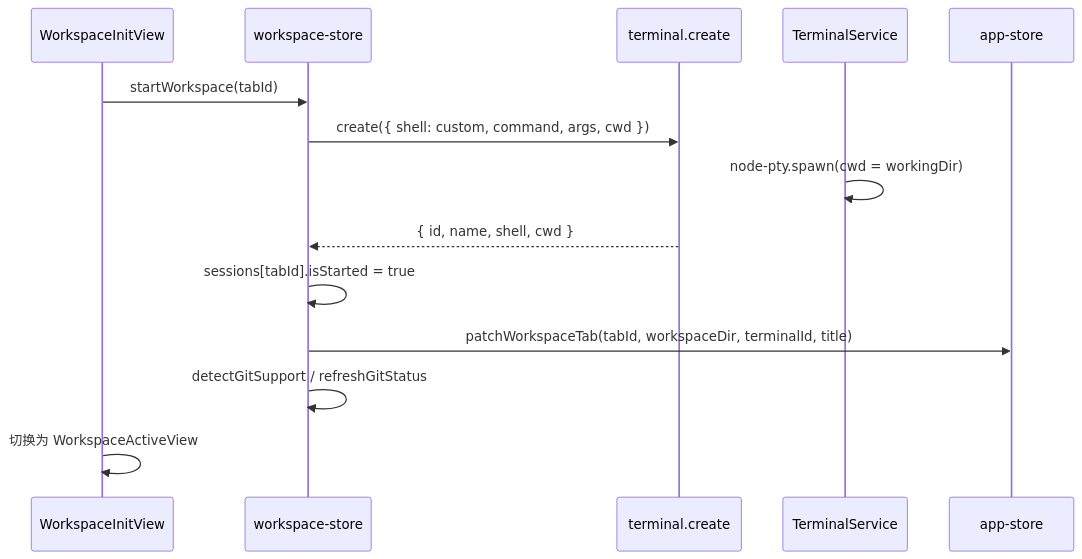
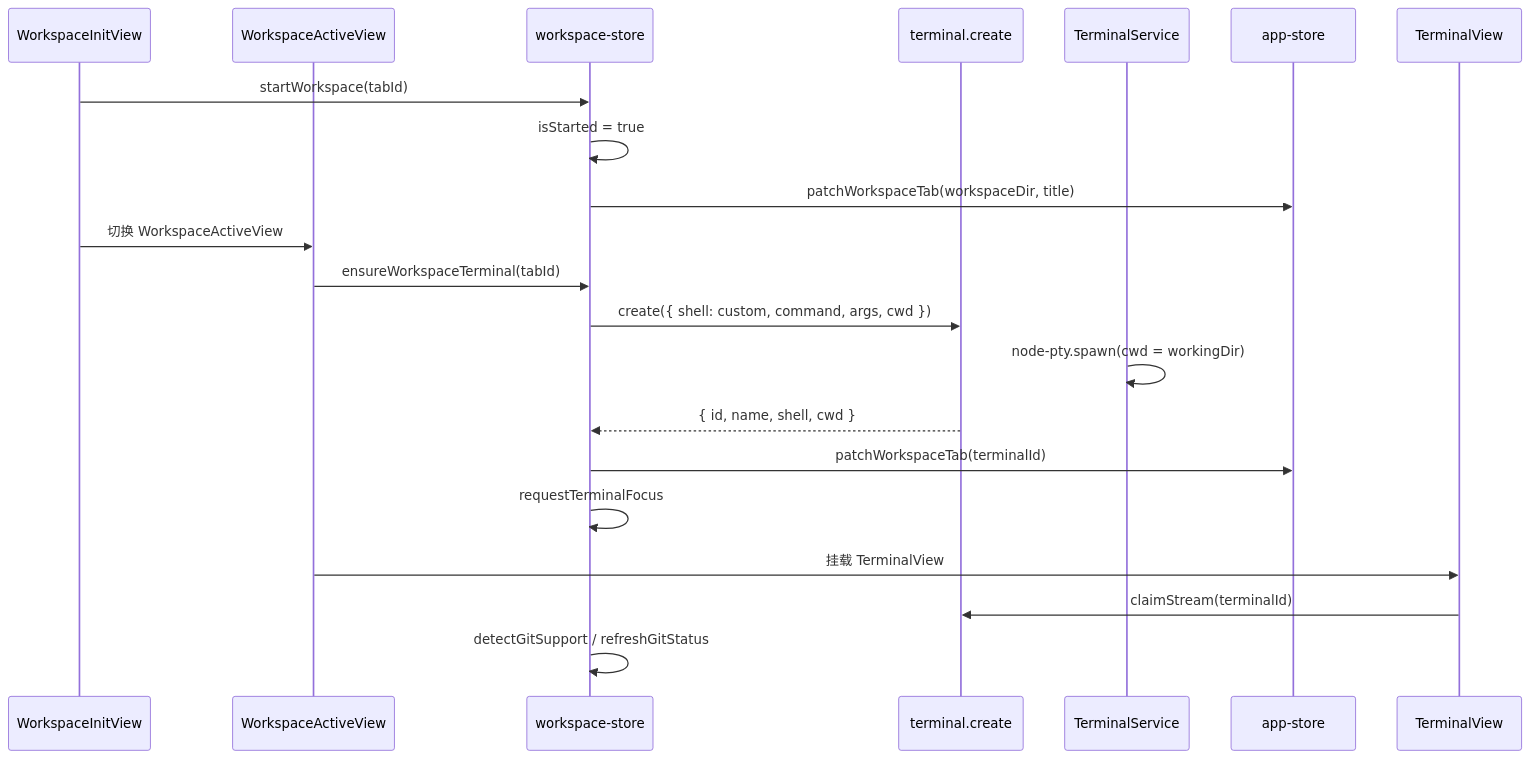
The third of 4 diagrams in docs/功能工作区.md (Landers1037/NioZy), drawn with Mermaid before and after one commit. The commit also changed other lines of this file and 1 other file, not shown here.

````diff
--- a/docs/功能工作区.md
+++ b/docs/功能工作区.md
@@ -79,17 +87,25 @@
 ```mermaid
 sequenceDiagram
-  participant UI as WorkspaceInitView
+  participant Init as WorkspaceInitView
+  participant Active as WorkspaceActiveView
   participant Ws as workspace-store
   participant API as terminal.create
   participant Main as TerminalService
   participant App as app-store
+  participant Term as TerminalView
 
-  UI->>Ws: startWorkspace(tabId)
+  Init->>Ws: startWorkspace(tabId)
+  Ws->>Ws: isStarted = true
+  Ws->>App: patchWorkspaceTab(workspaceDir, title)
+  Init->>Active: 切换 WorkspaceActiveView
+
+  Active->>Ws: ensureWorkspaceTerminal(tabId)
   Ws->>API: create({ shell: custom, command, args, cwd })
   Main->>Main: node-pty.spawn(cwd = workingDir)
   API-->>Ws: { id, name, shell, cwd }
-  Ws->>Ws: sessions[tabId].isStarted = true
-  Ws->>App: patchWorkspaceTab(tabId, workspaceDir, terminalId, title)
+  Ws->>App: patchWorkspaceTab(terminalId)
+  Ws->>Ws: requestTerminalFocus
+  Active->>Term: 挂载 TerminalView
+  Term->>API: claimStream(terminalId)
   Ws->>Ws: detectGitSupport / refreshGitStatus
-  UI->>UI: 切换为 WorkspaceActiveView
 ```
````
